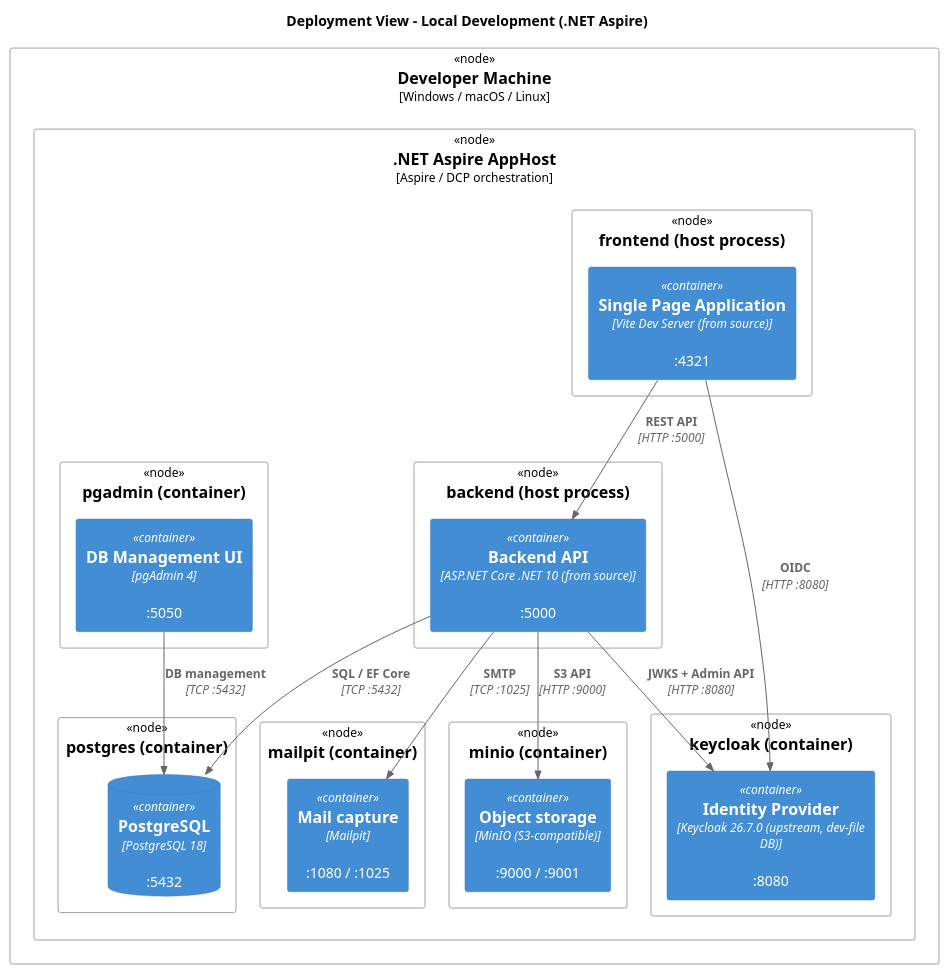
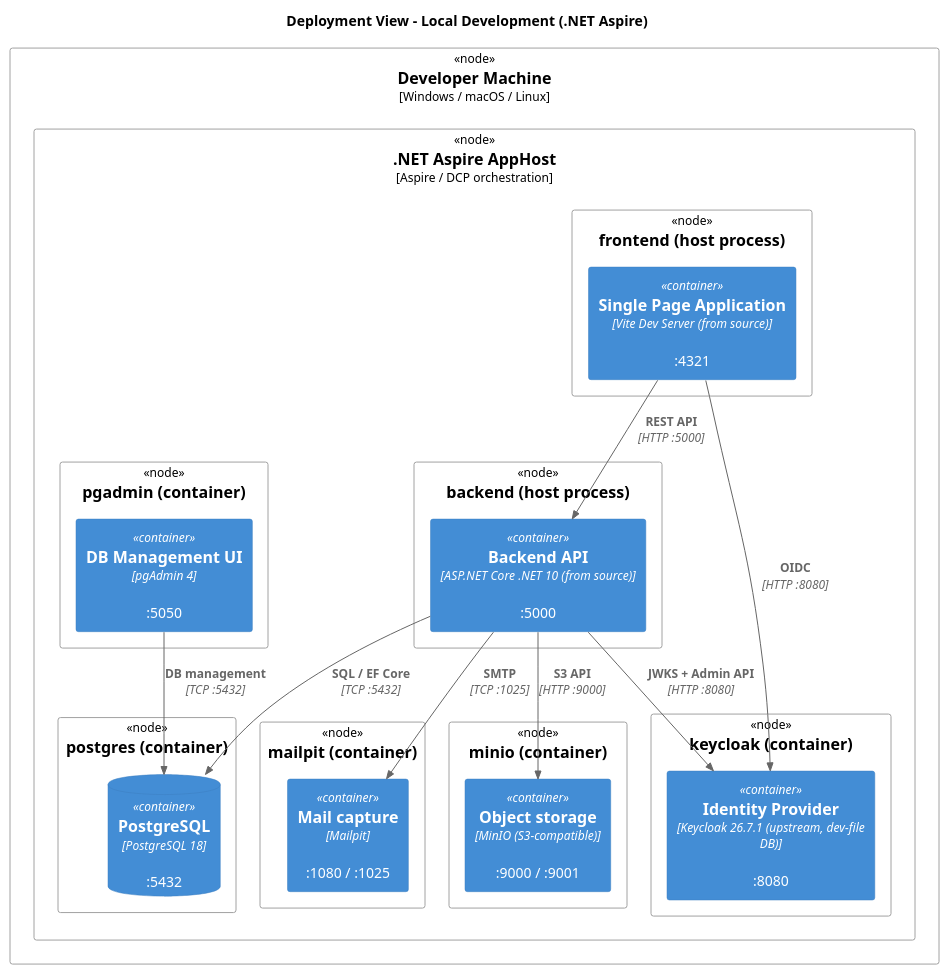
Before and after one commit to maik-hasler/einsatzbereit: the diagram in docs/Architecture/images/deployment-local.puml, drawn with PlantUML. The commit also changed 7 other files, not shown here.

```diff
--- a/docs/Architecture/images/deployment-local.puml
+++ b/docs/Architecture/images/deployment-local.puml
@@ -1,48 +1,48 @@
 @startuml Local Development Deployment
 
 !include <C4/C4_Deployment>
 
 title Deployment View - Local Development (.NET Aspire)
 
 Deployment_Node(machine, "Developer Machine", "Windows / macOS / Linux") {
 	Deployment_Node(aspire, ".NET Aspire AppHost", "Aspire / DCP orchestration") {
 
 		Deployment_Node(frontend_node, "frontend (host process)") {
 			Container(frontend, "Single Page Application", "Vite Dev Server (from source)", ":4321")
 		}
 
 		Deployment_Node(backend_node, "backend (host process)") {
 			Container(backend, "Backend API", "ASP.NET Core .NET 10 (from source)", ":5000")
 		}
 
 		Deployment_Node(keycloak_node, "keycloak (container)") {
-			Container(keycloak, "Identity Provider", "Keycloak 26.7.0 (upstream, dev-file DB)", ":8080")
+			Container(keycloak, "Identity Provider", "Keycloak 26.7.1 (upstream, dev-file DB)", ":8080")
 		}
 
 		Deployment_Node(postgres_node, "postgres (container)") {
 			ContainerDb(postgres, "PostgreSQL", "PostgreSQL 18", ":5432")
 		}
 
 		Deployment_Node(pgadmin_node, "pgadmin (container)") {
 			Container(pgadmin, "DB Management UI", "pgAdmin 4", ":5050")
 		}
 
 		Deployment_Node(mailpit_node, "mailpit (container)") {
 			Container(mailpit, "Mail capture", "Mailpit", ":1080 / :1025")
 		}
 
 		Deployment_Node(minio_node, "minio (container)") {
 			Container(minio, "Object storage", "MinIO (S3-compatible)", ":9000 / :9001")
 		}
 	}
 }
 
 Rel(frontend, backend, "REST API", "HTTP :5000")
 Rel(frontend, keycloak, "OIDC", "HTTP :8080")
 Rel(backend, postgres, "SQL / EF Core", "TCP :5432")
 Rel(backend, keycloak, "JWKS + Admin API", "HTTP :8080")
 Rel(backend, mailpit, "SMTP", "TCP :1025")
 Rel(backend, minio, "S3 API", "HTTP :9000")
 Rel(pgadmin, postgres, "DB management", "TCP :5432")
 
 @enduml
```
